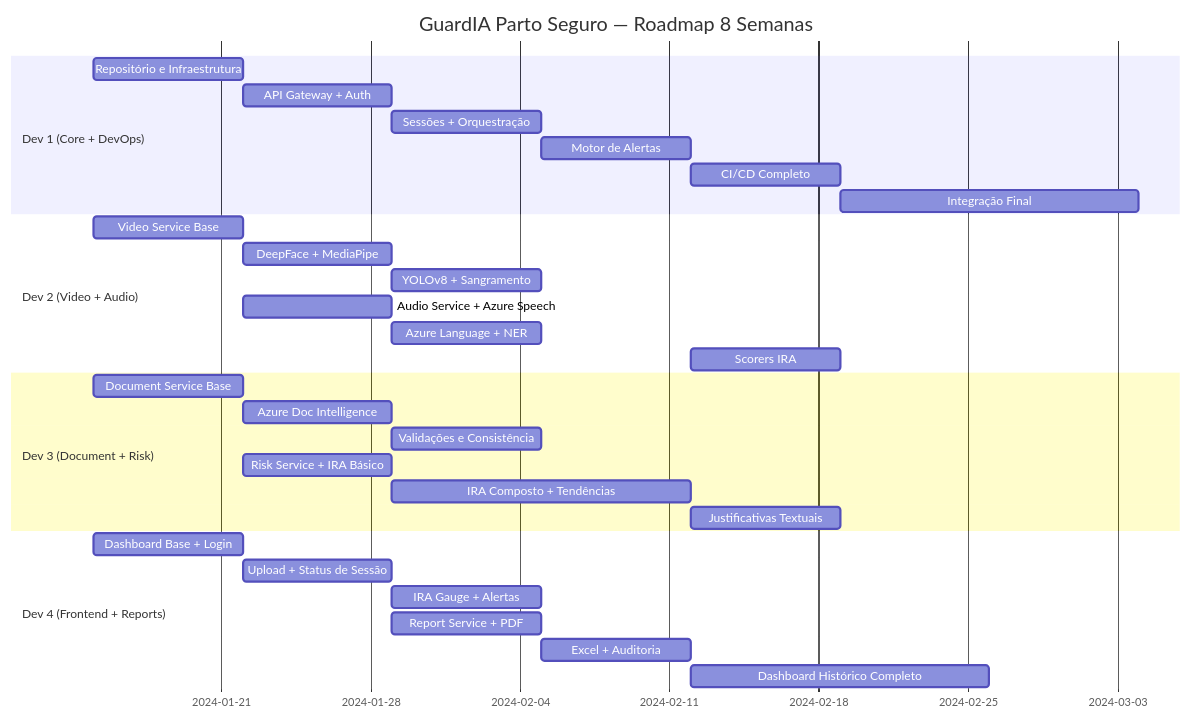
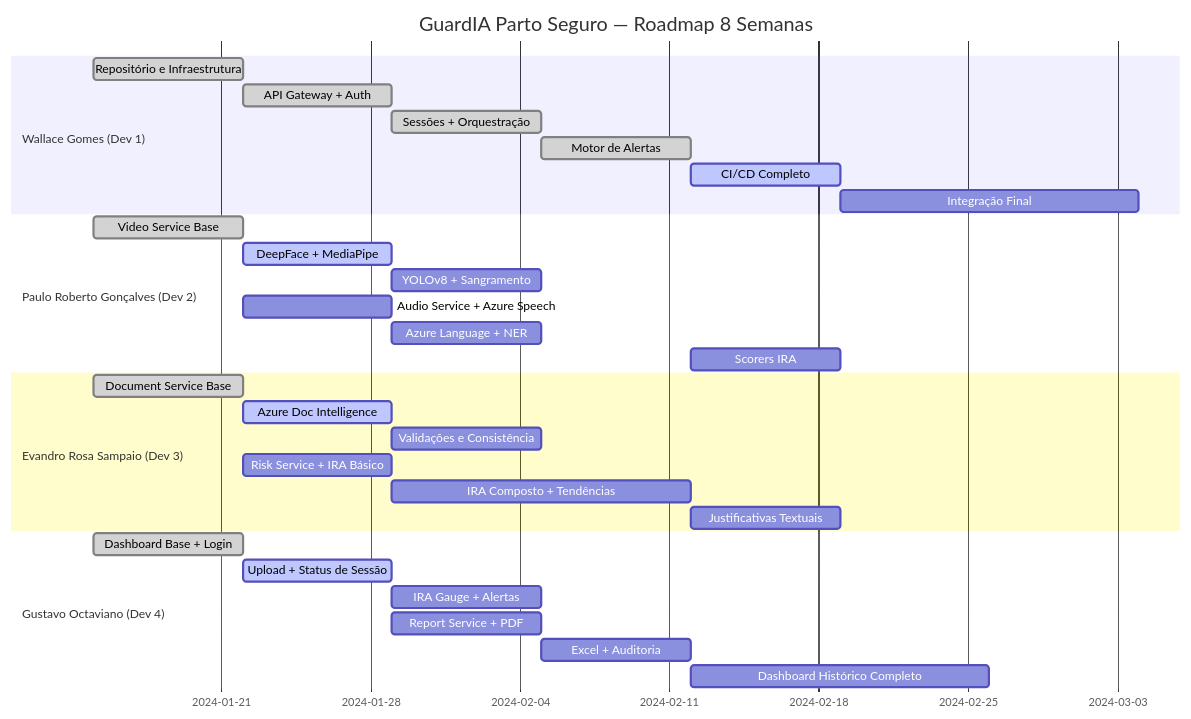
The diagram in docs/ROADMAP.md (Wallace82/guardia-parto-seguro), drawn with Mermaid before and after one commit. The commit also changed other lines of this file and 3 other files, not shown here.

Commit message:
docs: add project management documentation including risks, roadmap, and team planning

````diff
--- a/docs/ROADMAP.md
+++ b/docs/ROADMAP.md
@@ -9,36 +9,36 @@
 ```mermaid
 gantt
     title GuardIA Parto Seguro — Roadmap 8 Semanas
     dateFormat  YYYY-MM-DD
-    section Dev 1 (Core + DevOps)
-    Repositório e Infraestrutura     :a1, 2024-01-15, 7d
-    API Gateway + Auth               :a2, after a1, 7d
-    Sessões + Orquestração           :a3, after a2, 7d
-    Motor de Alertas                 :a4, after a3, 7d
-    CI/CD Completo                   :a5, after a4, 7d
+    section Wallace Gomes (Dev 1)
+    Repositório e Infraestrutura     :done, a1, 2024-01-15, 7d
+    API Gateway + Auth               :done, a2, after a1, 7d
+    Sessões + Orquestração           :done, a3, after a2, 7d
+    Motor de Alertas                 :done, a4, after a3, 7d
+    CI/CD Completo                   :active, a5, after a4, 7d
     Integração Final                 :a6, after a5, 14d
 
-    section Dev 2 (Video + Audio)
-    Video Service Base               :b1, 2024-01-15, 7d
-    DeepFace + MediaPipe             :b2, after b1, 7d
+    section Paulo Roberto Gonçalves (Dev 2)
+    Video Service Base               :done, b1, 2024-01-15, 7d
+    DeepFace + MediaPipe             :active, b2, after b1, 7d
     YOLOv8 + Sangramento             :b3, after b2, 7d
     Audio Service + Azure Speech     :b4, 2024-01-22, 7d
     Azure Language + NER             :b5, after b4, 7d
     Scorers IRA                      :b6, 2024-02-12, 7d
 
-    section Dev 3 (Document + Risk)
-    Document Service Base            :c1, 2024-01-15, 7d
-    Azure Doc Intelligence           :c2, after c1, 7d
+    section Evandro Rosa Sampaio (Dev 3)
+    Document Service Base            :done, c1, 2024-01-15, 7d
+    Azure Doc Intelligence           :active, c2, after c1, 7d
     Validações e Consistência        :c3, after c2, 7d
     Risk Service + IRA Básico        :c4, 2024-01-22, 7d
     IRA Composto + Tendências        :c5, after c4, 14d
     Justificativas Textuais          :c6, 2024-02-12, 7d
 
-    section Dev 4 (Frontend + Reports)
-    Dashboard Base + Login           :d1, 2024-01-15, 7d
-    Upload + Status de Sessão        :d2, after d1, 7d
+    section Gustavo Octaviano (Dev 4)
+    Dashboard Base + Login           :done, d1, 2024-01-15, 7d
+    Upload + Status de Sessão        :active, d2, after d1, 7d
     IRA Gauge + Alertas              :d3, after d2, 7d
     Report Service + PDF             :d4, 2024-01-29, 7d
     Excel + Auditoria                :d5, after d4, 7d
     Dashboard Histórico Completo     :d6, 2024-02-12, 14d
 ```
````
